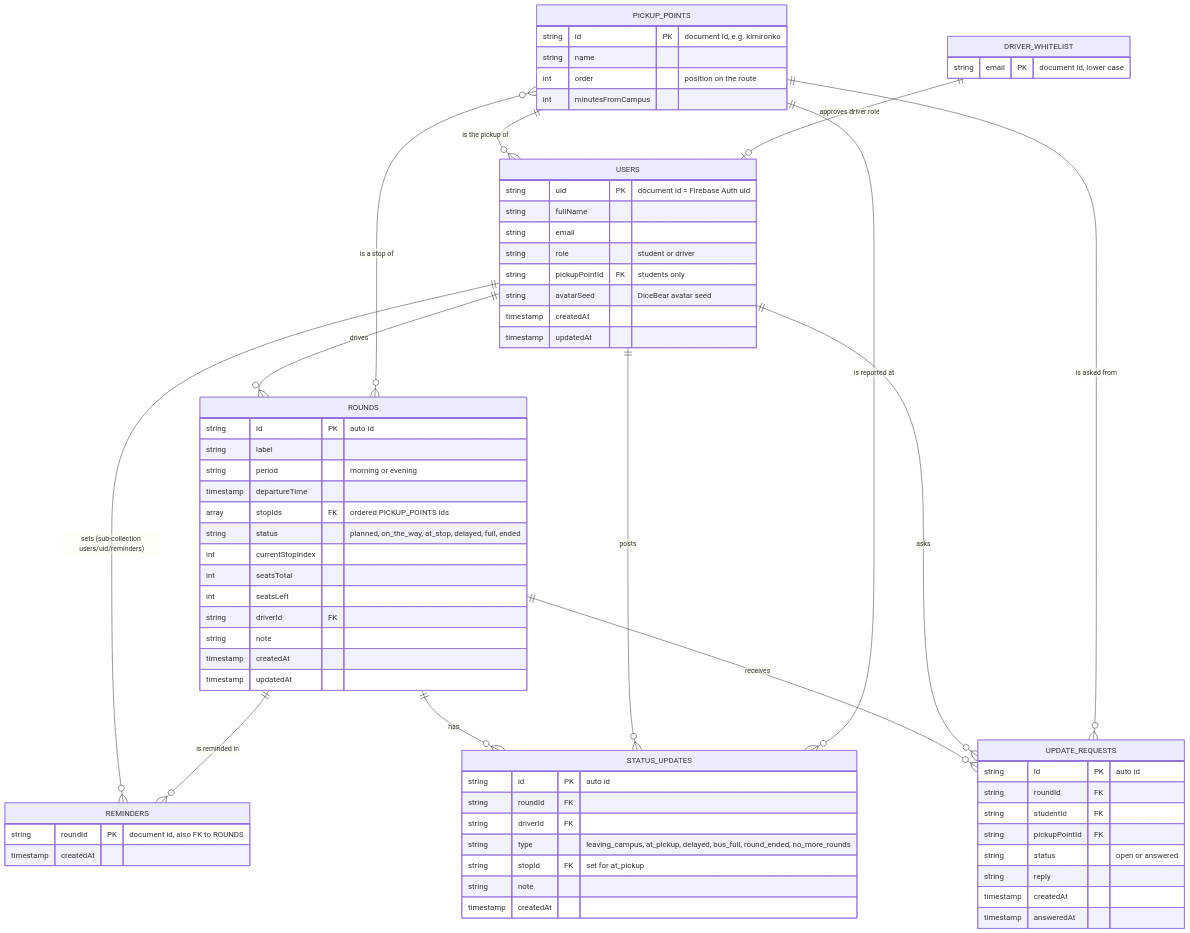
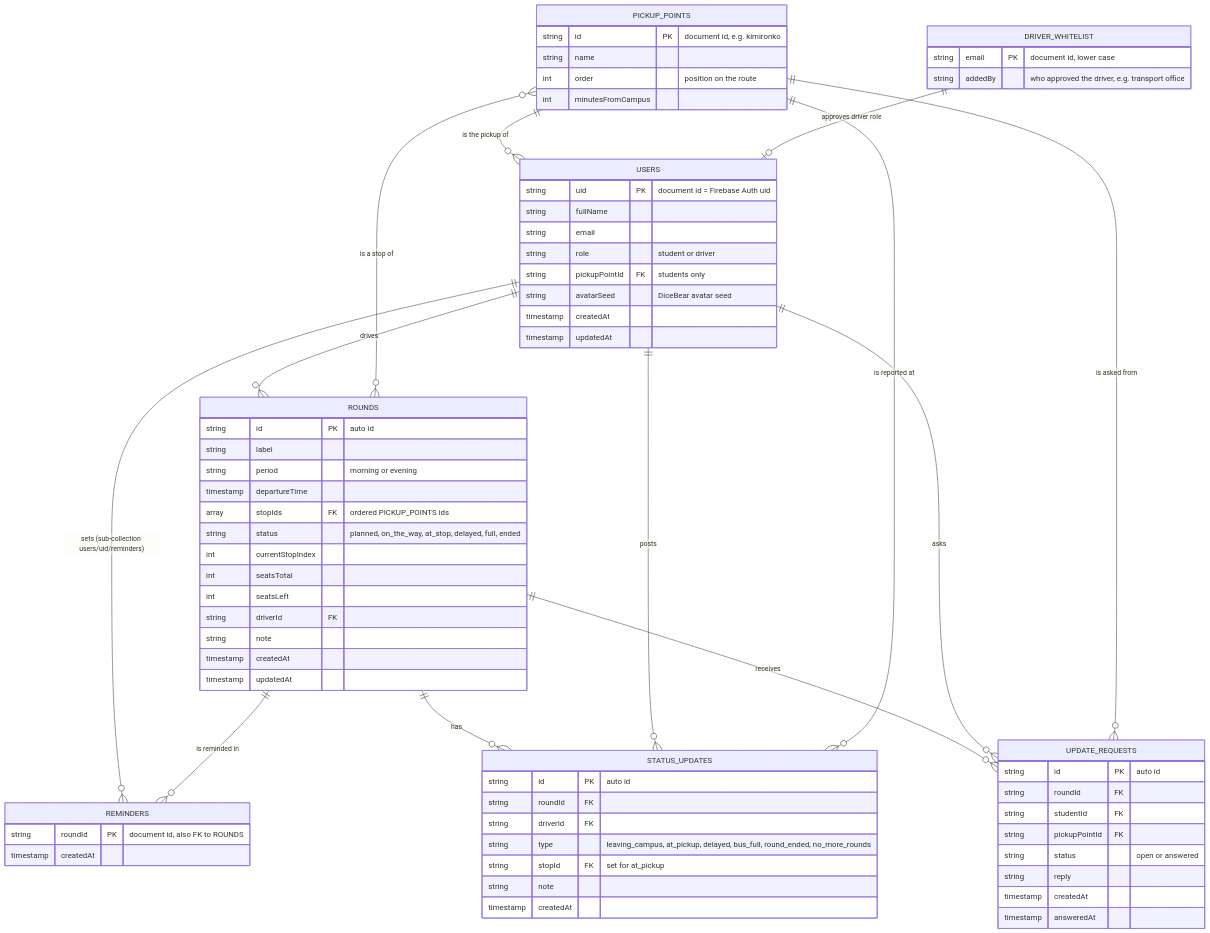
One commit to dumethode/alu-transport changed the diagram in docs/erd.md. Above: the diagram before and after it, drawn with Mermaid. The commit also changed other lines of this file and 1 other file, not shown here.

Commit message:
docs(db): add addedBy field to driver_whitelist in ERD

````diff
--- a/docs/erd.md
+++ b/docs/erd.md
@@ -6,73 +6,74 @@
 ```mermaid
 erDiagram
     USERS {
         string uid PK "document id = Firebase Auth uid"
         string fullName
         string email
         string role "student or driver"
         string pickupPointId FK "students only"
         string avatarSeed "DiceBear avatar seed"
         timestamp createdAt
         timestamp updatedAt
     }
     REMINDERS {
         string roundId PK "document id, also FK to ROUNDS"
         timestamp createdAt
     }
     PICKUP_POINTS {
         string id PK "document id, e.g. kimironko"
         string name
         int order "position on the route"
         int minutesFromCampus
     }
     ROUNDS {
         string id PK "auto id"
         string label
         string period "morning or evening"
         timestamp departureTime
         array stopIds FK "ordered PICKUP_POINTS ids"
         string status "planned, on_the_way, at_stop, delayed, full, ended"
         int currentStopIndex
         int seatsTotal
         int seatsLeft
         string driverId FK
         string note
         timestamp createdAt
         timestamp updatedAt
     }
     STATUS_UPDATES {
         string id PK "auto id"
         string roundId FK
         string driverId FK
         string type "leaving_campus, at_pickup, delayed, bus_full, round_ended, no_more_rounds"
         string stopId FK "set for at_pickup"
         string note
         timestamp createdAt
     }
     UPDATE_REQUESTS {
         string id PK "auto id"
         string roundId FK
         string studentId FK
         string pickupPointId FK
         string status "open or answered"
         string reply
         timestamp createdAt
         timestamp answeredAt
     }
     DRIVER_WHITELIST {
         string email PK "document id, lower case"
+        string addedBy "who approved the driver, e.g. transport office"
     }
 
     USERS ||--o{ REMINDERS : "sets (sub-collection users/uid/reminders)"
     ROUNDS ||--o{ REMINDERS : "is reminded in"
     PICKUP_POINTS ||--o{ USERS : "is the pickup of"
     USERS ||--o{ ROUNDS : "drives"
     PICKUP_POINTS }o--o{ ROUNDS : "is a stop of"
     ROUNDS ||--o{ STATUS_UPDATES : "has"
     USERS ||--o{ STATUS_UPDATES : "posts"
     PICKUP_POINTS ||--o{ STATUS_UPDATES : "is reported at"
     ROUNDS ||--o{ UPDATE_REQUESTS : "receives"
     USERS ||--o{ UPDATE_REQUESTS : "asks"
     PICKUP_POINTS ||--o{ UPDATE_REQUESTS : "is asked from"
     DRIVER_WHITELIST ||--o| USERS : "approves driver role"
 ```
````
